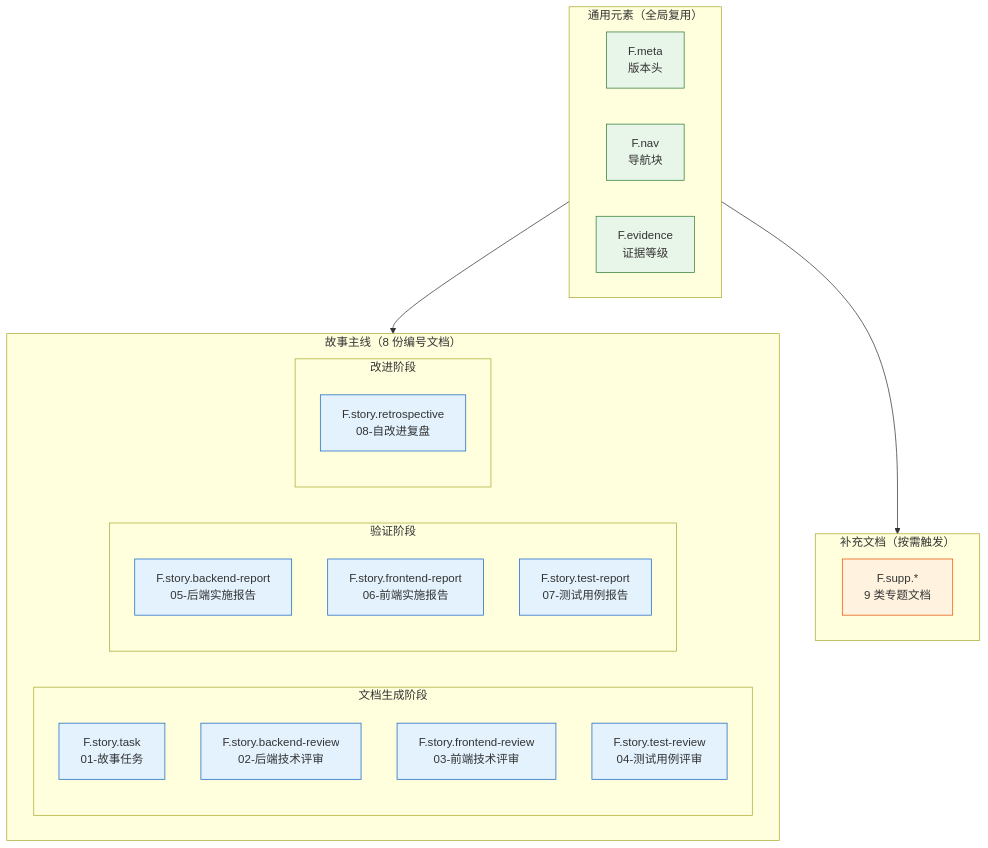
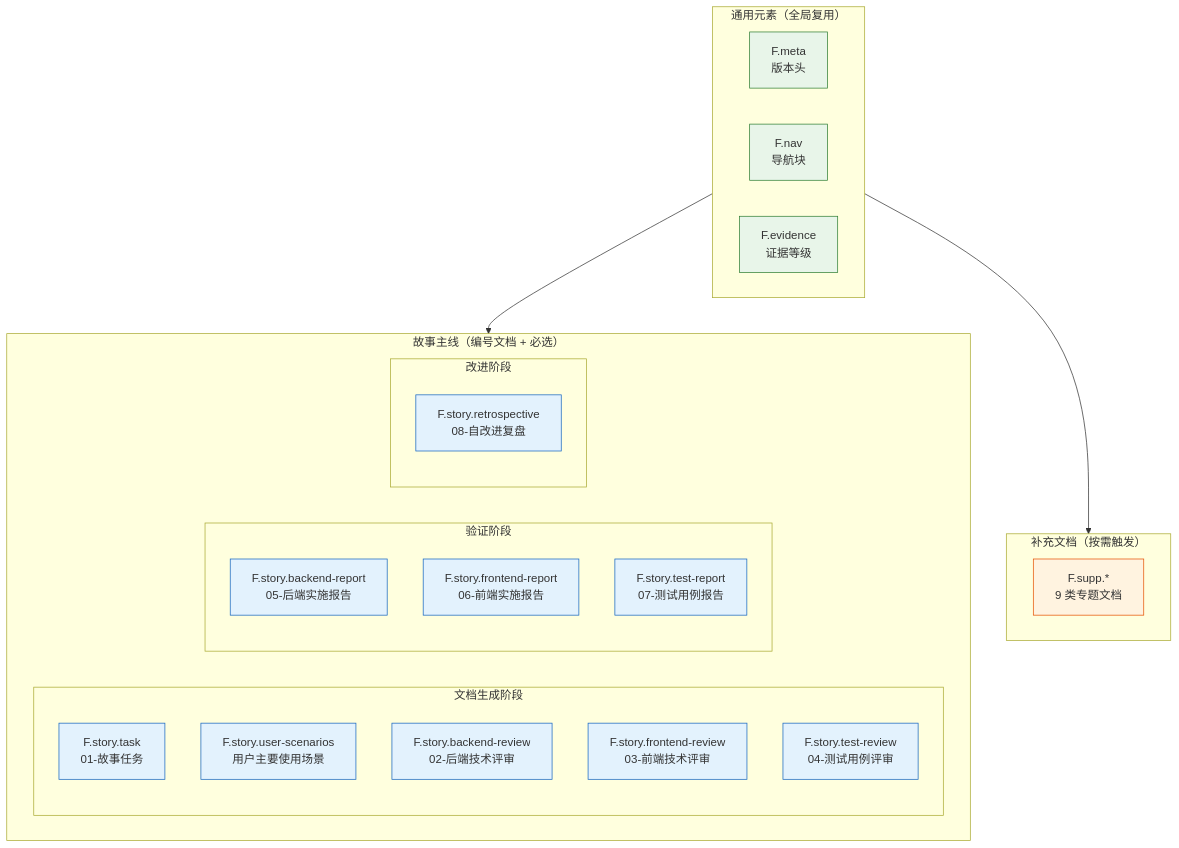
Before and after one commit to effiy/YrY: the first of 12 diagrams in skills/rui/formulas.md, drawn with Mermaid. The commit also changed other lines of this file and 7 other files, not shown here.

````diff
--- a/skills/rui/formulas.md
+++ b/skills/rui/formulas.md
@@ -5,39 +5,40 @@
 ```mermaid
 flowchart TB
     subgraph 通用["通用元素（全局复用）"]
         F.meta["F.meta<br/>版本头"]
         F.nav["F.nav<br/>导航块"]
         F.evidence["F.evidence<br/>证据等级"]
     end
 
-    subgraph 主线["故事主线（8 份编号文档）"]
+    subgraph 主线["故事主线（编号文档 + 必选）"]
         subgraph 生成["文档生成阶段"]
             F01["F.story.task<br/>01-故事任务"]
+            F_US["F.story.user-scenarios<br/>用户主要使用场景"]
             F02["F.story.backend-review<br/>02-后端技术评审"]
             F03["F.story.frontend-review<br/>03-前端技术评审"]
             F04["F.story.test-review<br/>04-测试用例评审"]
         end
         subgraph 验证["验证阶段"]
             F05["F.story.backend-report<br/>05-后端实施报告"]
             F06["F.story.frontend-report<br/>06-前端实施报告"]
             F07["F.story.test-report<br/>07-测试用例报告"]
         end
         subgraph 改进["改进阶段"]
             F08["F.story.retrospective<br/>08-自改进复盘"]
         end
     end
 
     subgraph 补充["补充文档（按需触发）"]
         FS["F.supp.*<br/>9 类专题文档"]
     end
 
     通用 --> 主线
     通用 --> 补充
 
     classDef gen fill:#e8f5e9,stroke:#2e7d32;
     classDef story fill:#e3f2fd,stroke:#1565c0;
     classDef supp fill:#fff3e0,stroke:#e65100;
     class F.meta,F.nav,F.evidence gen;
-    class F01,F02,F03,F04,F05,F06,F07,F08 story;
+    class F01,F_US,F02,F03,F04,F05,F06,F07,F08 story;
     class FS supp;
 ```
````
